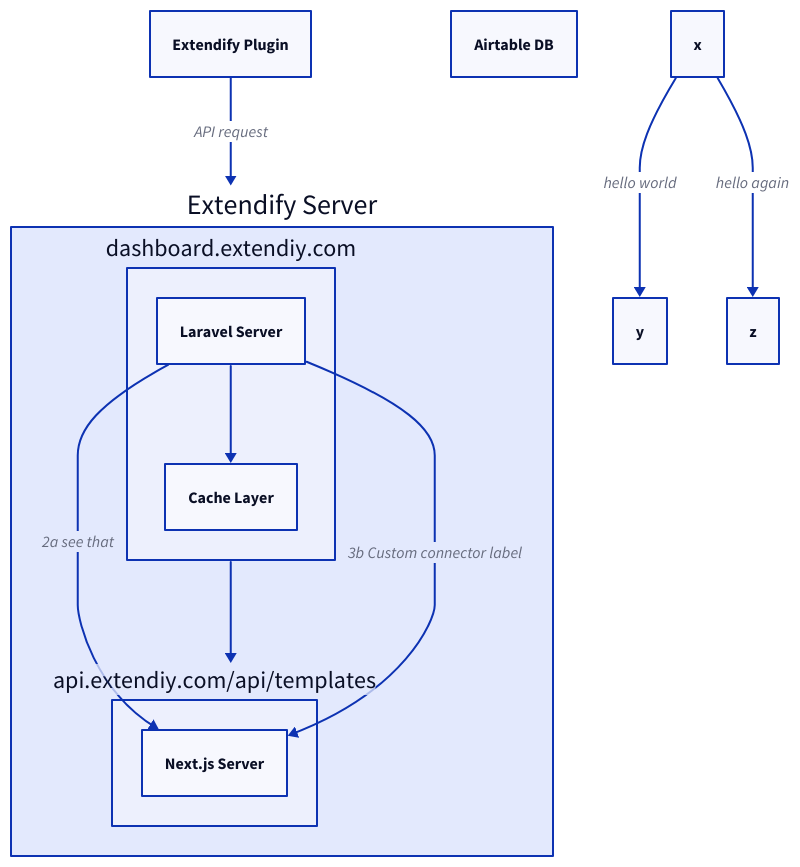
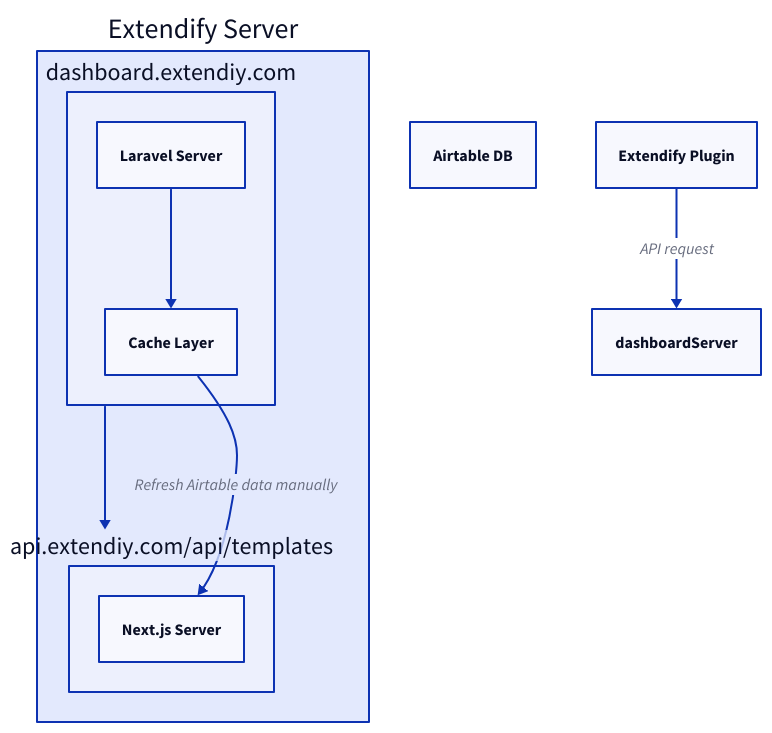
The diagram in d2/file.d2 (dgwyer/myapp), drawn with D2 before and after one commit.

Commit message:
try to render

```diff
--- a/d2/file.d2
+++ b/d2/file.d2
@@ -1,28 +1,27 @@
 a: Extendify Plugin
 e: Airtable DB
 
 extendifyServer: {
   label: Extendify Server
 
   dashboardServer: {
     label: dashboard.extendiy.com
     ls: Laravel Server
     cl: Cache Layer
 
     ls -> cl
   }
 
   apiServer:  {
     label: api.extendiy.com/api/templates
     nj: Next.js Server
 
-    _.dashboardServer.ls -> nj: 2a see that
+    # _.dashboardServer.ls -> nj
   }
 
   dashboardServer -> apiServer
-  dashboardServer.ls -> apiServer.nj: 3b Custom connector label
+  # dashboardServer.ls -> apiServer.nj: Custom connector label
+  dashboardServer.cl -> apiServer.nj: Refresh Airtable data manually
 }
 
-a -> extendifyServer: API request
-x -> y: hello world
-x -> z: hello again
+a -> dashboardServer: API request
```
